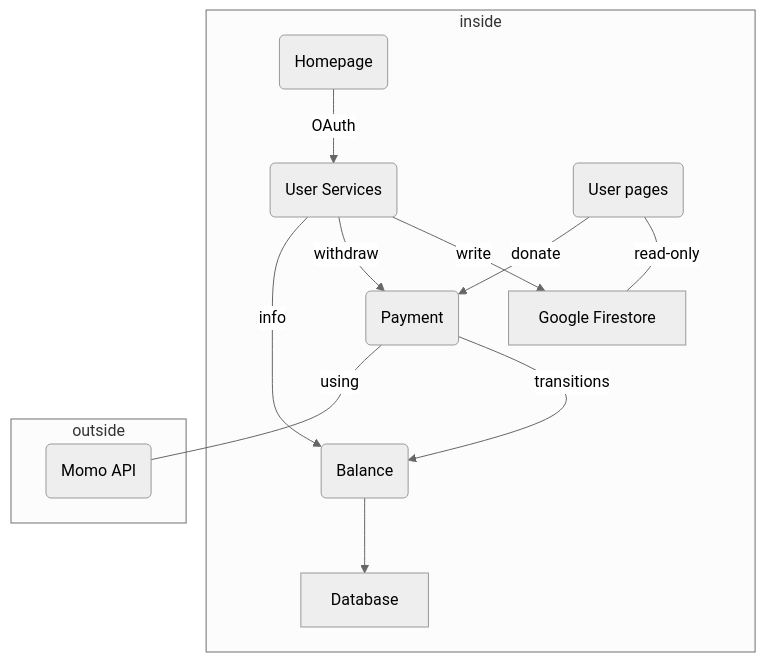
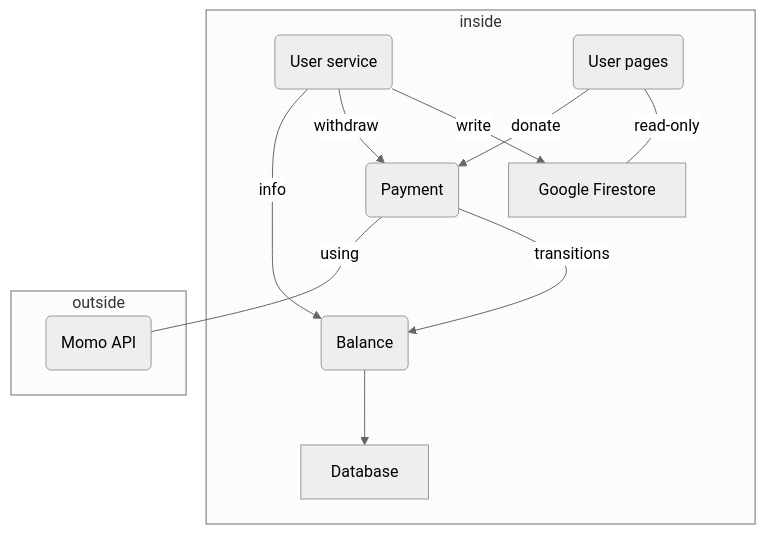
One commit to garovu/doan changed the diagram in doan-obsidian/Thiết kế hệ thống/Tổng quan.md. Above: the diagram before and after it, drawn with Mermaid (neutral theme). The commit also changed other lines of this file and 38 other files, not shown here.

````diff
--- a/doan-obsidian/Thiết kế hệ thống/Tổng quan.md
+++ b/doan-obsidian/Thiết kế hệ thống/Tổng quan.md
@@ -21,19 +20,18 @@
 ```mermaid
 flowchart TD
 	subgraph inside
-	    H(Homepage) -- OAuth --> U(User Services)
-	    U -- write --> G[Google Firestore]
+	    U(User service) -- write --> G[Google Firestore]
 	    L(User pages) -- read-only --- G
 	    U -- withdraw --> P(Payment)
 	
 	    B(Balance) --> D[Database]
 	    L -- donate --> P
 	    P -- transitions --> B
 	    U -- info --> B
     end
     subgraph outside
 	    P -- using --- M(Momo API)
 	    %% H -- mail --- E(Mailgun) %%
     end
 
 ```
````
